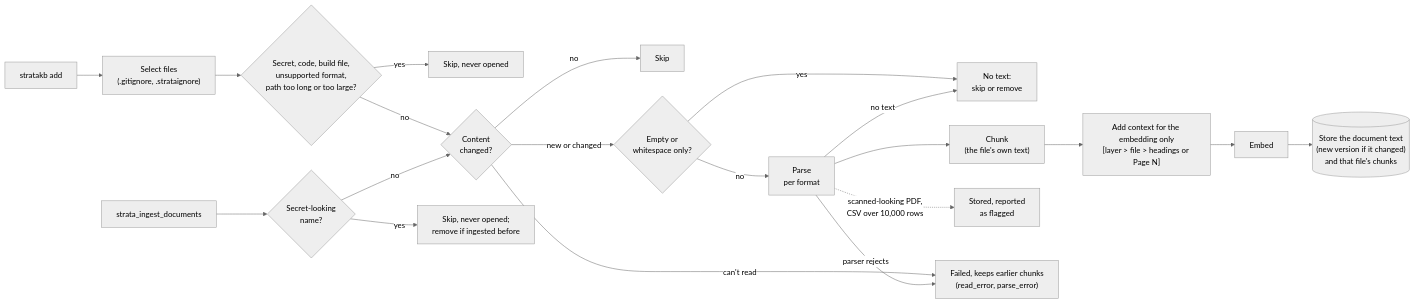
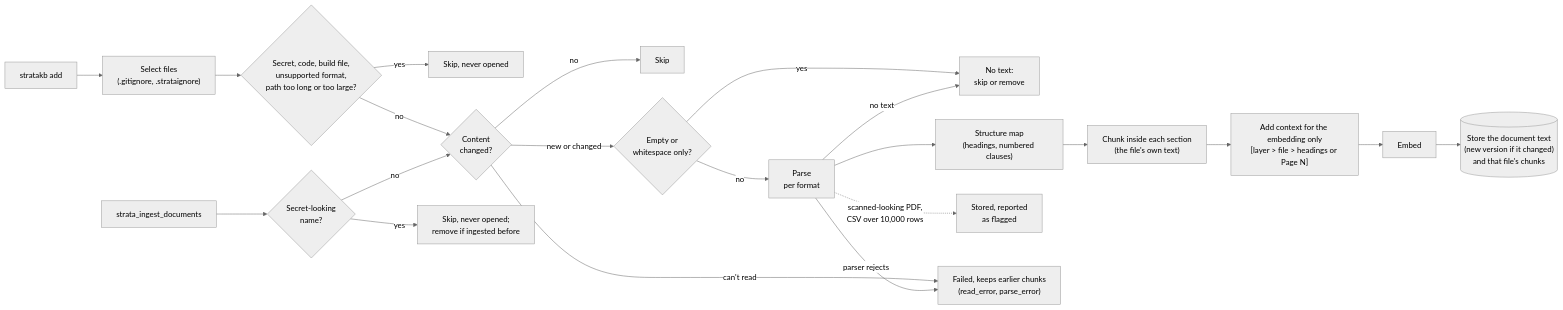
One commit to boudou/StrataKB changed the fourth of 13 diagrams in README.md. Above: the diagram before and after it, drawn with Mermaid (neutral theme). The commit also changed other lines of this file and 34 other files, not shown here.

````diff
--- a/README.md
+++ b/README.md
@@ -118,18 +118,18 @@
 ```mermaid
 flowchart LR
     add["stratakb add"] --> sel["Select files<br/>(.gitignore, .strataignore)"] --> pol{"Secret, code, build file,<br/>unsupported format,<br/>path too long or too large?"}
     pol -->|"yes"| k["Skip, never opened"]
     pol -->|"no"| h
     f["strata_ingest_documents"] --> n{"Secret-looking<br/>name?"}
     n -->|"yes"| k2["Skip, never opened;<br/>remove if ingested before"]
     n -->|"no"| h{"Content<br/>changed?"}
     h -->|"no"| s["Skip"]
     h -->|"new or changed"| z{"Empty or<br/>whitespace only?"}
     z -->|"yes"| t["No text:<br/>skip or remove"]
     z -->|"no"| p["Parse<br/>per format"]
     p -->|"no text"| t
-    p --> c["Chunk<br/>(the file's own text)"] --> x["Add context for the embedding only<br/>[layer > file > headings or Page N]"] --> e["Embed"] --> v[("Store the document text<br/>(new version if it changed)<br/>and that file's chunks")]
+    p --> sm["Structure map<br/>(headings, numbered clauses)"] --> c["Chunk inside each section<br/>(the file's own text)"] --> x["Add context for the embedding only<br/>[layer > file > headings or Page N]"] --> e["Embed"] --> v[("Store the document text<br/>(new version if it changed)<br/>and that file's chunks")]
     p -.->|"scanned-looking PDF,<br/>CSV over 10,000 rows"| fl["Stored, reported<br/>as flagged"]
     h -->|"can't read"| fe["Failed, keeps earlier chunks<br/>(read_error, parse_error)"]
     p -->|"parser rejects"| fe
 ```
````
